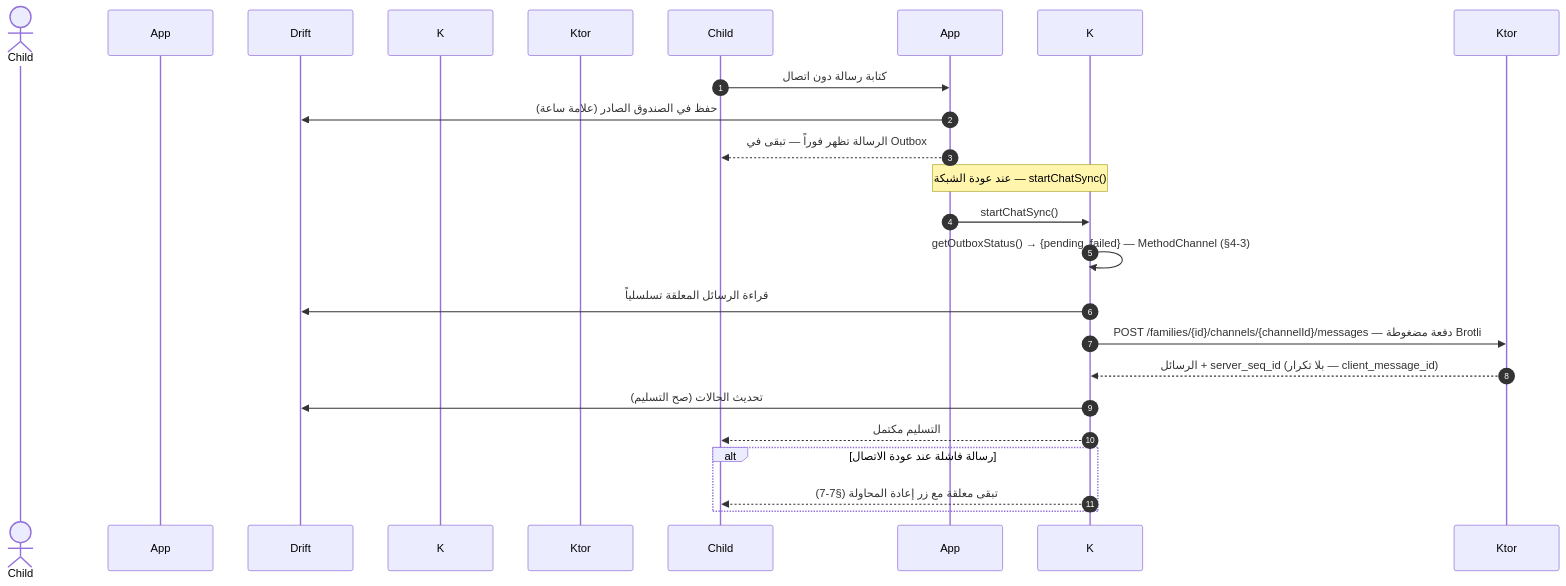
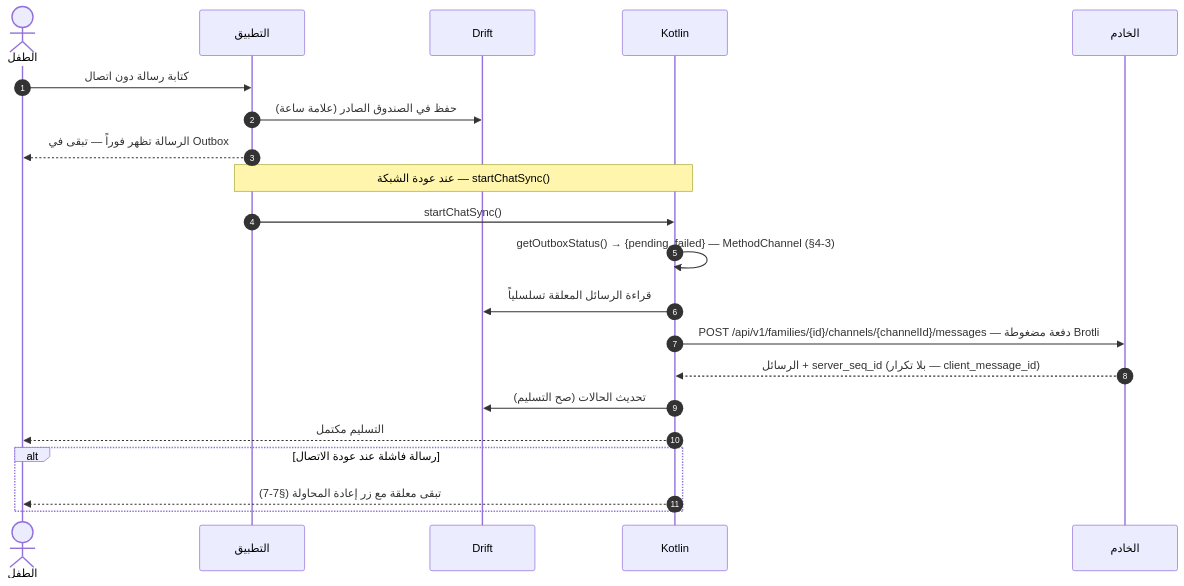
One commit to Bassam-mohammed-alqaeadi/family-os-v2 changed the fifth of 10 diagrams in docs/family-os/governance/phases/phase-1/S1-08-chat-basic/DIAGRAMS.md. Above: the diagram before and after it, drawn with Mermaid. The commit also changed other lines of this file and 10 other files, not shown here.

Commit message:
إغلاق المراجعة الشاملة R1–R5 (Q-196…Q-231) — المخططات DIAGRAMS + خريطة السياق (2/4)

````diff
--- a/docs/family-os/governance/phases/phase-1/S1-08-chat-basic/DIAGRAMS.md
+++ b/docs/family-os/governance/phases/phase-1/S1-08-chat-basic/DIAGRAMS.md
@@ -241,23 +242,23 @@
 ```mermaid
 sequenceDiagram
     autonumber
-    actor الطفل as Child
-    participant التطبيق as App
+    actor Child as الطفل
+    participant App as التطبيق
     participant Drift as Drift
-    participant Kotlin as K
-    participant الخادم as Ktor
+    participant K as Kotlin
+    participant Ktor as الخادم
     Child->>App: كتابة رسالة دون اتصال
     App->>Drift: حفظ في الصندوق الصادر (علامة ساعة)
     App-->>Child: الرسالة تظهر فوراً — تبقى في Outbox
     Note over App,K: عند عودة الشبكة — startChatSync()
     App->>K: startChatSync()
     K->>K: getOutboxStatus() → {pending, failed} — MethodChannel (§4-3)
     K->>Drift: قراءة الرسائل المعلقة تسلسلياً
-    K->>Ktor: POST /families/{id}/channels/{channelId}/messages — دفعة مضغوطة Brotli
+    K->>Ktor: POST /api/v1/families/{id}/channels/{channelId}/messages — دفعة مضغوطة Brotli
     Ktor-->>K: الرسائل + server_seq_id (بلا تكرار — client_message_id)
     K->>Drift: تحديث الحالات (صح التسليم)
     K-->>Child: التسليم مكتمل
     alt رسالة فاشلة عند عودة الاتصال
         K-->>Child: تبقى معلقة مع زر إعادة المحاولة (§7-7)
     end
 ```
````
